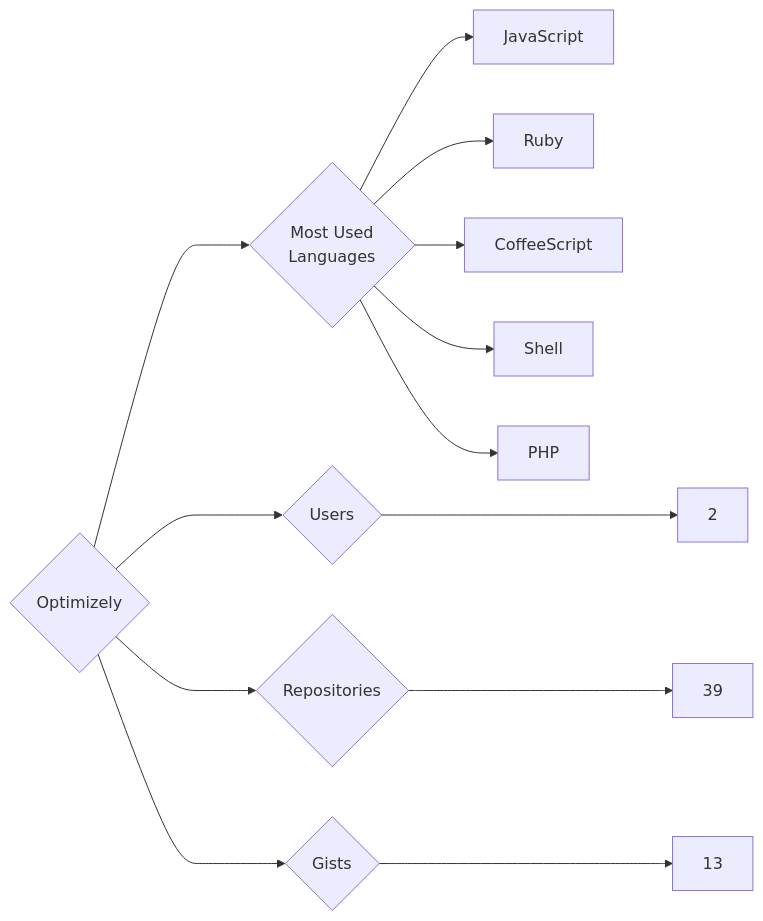
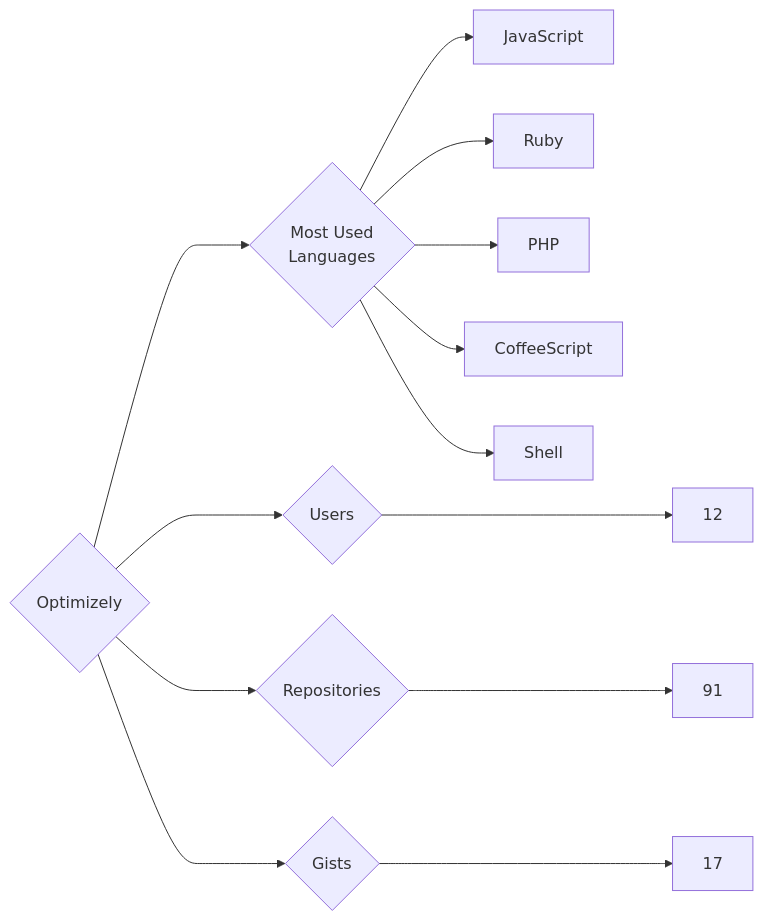
One commit to trickest/insiders changed the diagram in targets/Optimizely/README.md. Above: the diagram before and after it, drawn with Mermaid. The commit also changed 1696 other files, not shown here.

````diff
--- a/targets/Optimizely/README.md
+++ b/targets/Optimizely/README.md
@@ -3,13 +3,13 @@
 ```mermaid
 graph LR
 COMPANY_NAME{Optimizely}
-COMPANY_NAME ---> U{Users} ---> UN[2]
-COMPANY_NAME ---> R{Repositories} ---> RN[39]
-COMPANY_NAME ---> G{Gists} ---> GN[13]
+COMPANY_NAME ---> U{Users} ---> UN[12]
+COMPANY_NAME ---> R{Repositories} ---> RN[91]
+COMPANY_NAME ---> G{Gists} ---> GN[17]
 COMPANY_NAME ---> ML{Most Used<br>Languages}
 ML --> JavaScript[JavaScript]
 ML --> Ruby[Ruby]
+ML --> PHP[PHP]
 ML --> CoffeeScript[CoffeeScript]
 ML --> Shell[Shell]
-ML --> PHP[PHP]
 ```
````
